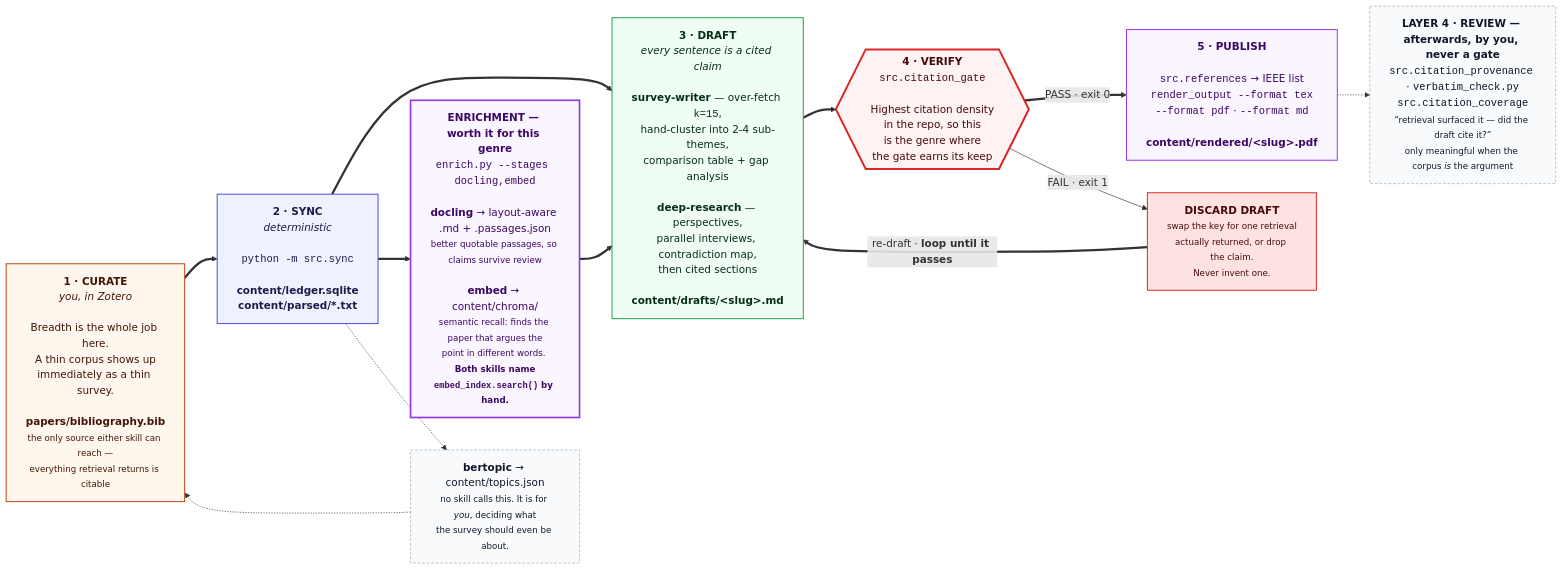
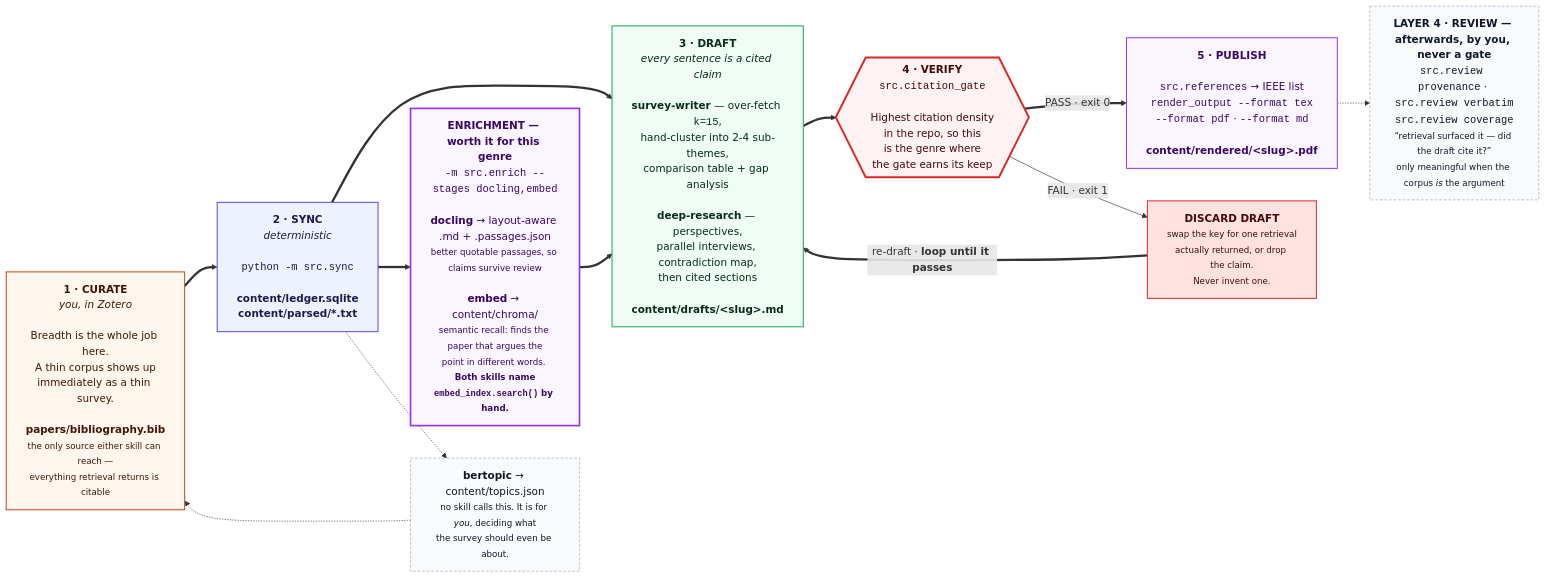
The seventh of 11 diagrams in docs/DIAGRAMS.md (prasadtalasila/chitragupta), drawn with Mermaid before and after one commit. The commit also changed other lines of this file and 72 other files, not shown here.

First line of the commit message:
Give every layer one entry point, one level deep (#123, #141)

````diff
--- a/docs/DIAGRAMS.md
+++ b/docs/DIAGRAMS.md
@@ -631,47 +631,47 @@
 ```mermaid
 flowchart LR
 
   P0["<b>1 · CURATE</b><br/><i>you, in Zotero</i><br/><br/>Breadth is the whole job here.<br/>A thin corpus shows up<br/>immediately as a thin survey.<br/><br/><b>papers/bibliography.bib</b><br/><small>the only source either skill can reach —<br/>everything retrieval returns is citable</small>"]
 
   P1["<b>2 · SYNC</b><br/><i>deterministic</i><br/><br/><code>python -m src.sync</code><br/><br/><b>content/ledger.sqlite</b><br/><b>content/parsed/*.txt</b>"]
 
-  HEAVY["<b>ENRICHMENT — worth it for this genre</b><br/><code>enrich.py --stages docling,embed</code><br/><br/><b>docling</b> → layout-aware .md + .passages.json<br/><small>better quotable passages, so claims survive review</small><br/><br/><b>embed</b> → content/chroma/<br/><small>semantic recall: finds the paper that argues the<br/>point in different words. <b>Both skills name<br/><code>embed_index.search()</code> by hand.</b></small>"]
+  HEAVY["<b>ENRICHMENT — worth it for this genre</b><br/><code>-m src.enrich --stages docling,embed</code><br/><br/><b>docling</b> → layout-aware .md + .passages.json<br/><small>better quotable passages, so claims survive review</small><br/><br/><b>embed</b> → content/chroma/<br/><small>semantic recall: finds the paper that argues the<br/>point in different words. <b>Both skills name<br/><code>embed_index.search()</code> by hand.</b></small>"]
 
   P2["<b>3 · DRAFT</b><br/><i>every sentence is a cited claim</i><br/><br/><b>survey-writer</b> — over-fetch <code>k=15</code>,<br/>hand-cluster into 2-4 sub-themes,<br/>comparison table + gap analysis<br/><br/><b>deep-research</b> — perspectives,<br/>parallel interviews, contradiction map,<br/>then cited sections<br/><br/><b>content/drafts/&lt;slug&gt;.md</b>"]
 
   P3{{"<b>4 · VERIFY</b><br/><code>src.citation_gate</code><br/><br/>Highest citation density<br/>in the repo, so this<br/>is the genre where<br/>the gate earns its keep"}}
 
   FIX["<b>DISCARD DRAFT</b><br/><small>swap the key for one retrieval<br/>actually returned, or drop the claim.<br/>Never invent one.</small>"]
 
   P4["<b>5 · PUBLISH</b><br/><br/><code>src.references</code> → IEEE list<br/><code>render_output --format tex</code><br/><code>--format pdf</code> · <code>--format md</code><br/><br/><b>content/rendered/&lt;slug&gt;.pdf</b>"]
 
-  AID["<b>LAYER 4 · REVIEW — afterwards, by you, never a gate</b><br/><code>src.citation_provenance</code> · <code>verbatim_check.py</code><br/><code>src.citation_coverage</code><br/><small>“retrieval surfaced it — did the draft cite it?”<br/>only meaningful when the corpus <i>is</i> the argument</small>"]
+  AID["<b>LAYER 4 · REVIEW — afterwards, by you, never a gate</b><br/><code>src.review provenance</code> · <code>src.review verbatim</code><br/><code>src.review coverage</code><br/><small>“retrieval surfaced it — did the draft cite it?”<br/>only meaningful when the corpus <i>is</i> the argument</small>"]
 
   BERT["<b>bertopic</b> → content/topics.json<br/><small>no skill calls this. It is for <i>you</i>, deciding what<br/>the survey should even be about.</small>"]
 
   P0 ==> P1 ==> P2 ==> P3
   P1 ==> HEAVY ==> P2
   P3 == "PASS · exit 0" ==> P4
   P3 -- "FAIL · exit 1" --> FIX
   FIX == "re-draft · <b>loop until it passes</b>" ==> P2
   P4 -.-> AID
   P1 -.-> BERT -.-> P0
 
   classDef you fill:#fff7ed,stroke:#c2410c,stroke-width:1.5px,color:#431407
   classDef det fill:#eef2ff,stroke:#4f46e5,stroke-width:1.5px,color:#1e1b4b
   classDef gen fill:#f0fdf4,stroke:#16a34a,stroke-width:1.5px,color:#052e16
   classDef gate fill:#fef2f2,stroke:#dc2626,stroke-width:3px,color:#450a0a
   classDef out fill:#faf5ff,stroke:#9333ea,stroke-width:1.5px,color:#3b0764
   classDef bad fill:#fee2e2,stroke:#dc2626,stroke-width:1.5px,color:#450a0a
   classDef heavy fill:#faf5ff,stroke:#9333ea,stroke-width:2.5px,color:#3b0764
   classDef aid fill:#f8fafc,stroke:#94a3b8,stroke-dasharray:4 3,color:#0f172a
 
   class P0 you
   class P1 det
   class P2 gen
   class P3 gate
   class P4 out
   class FIX bad
   class HEAVY heavy
   class AID,BERT aid
 ```
````
